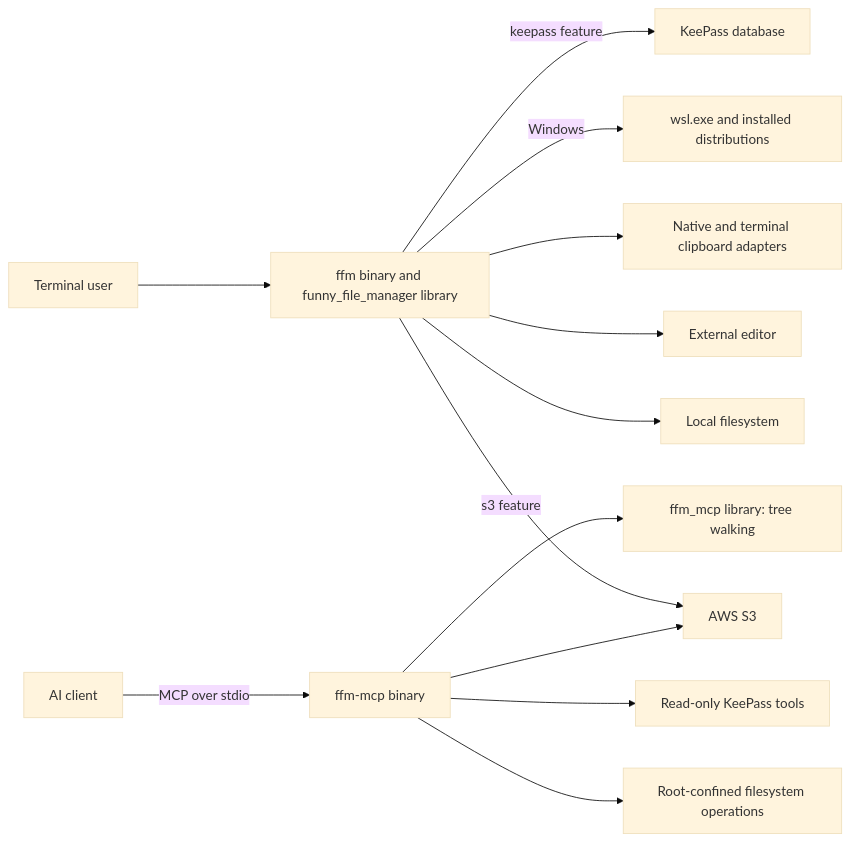
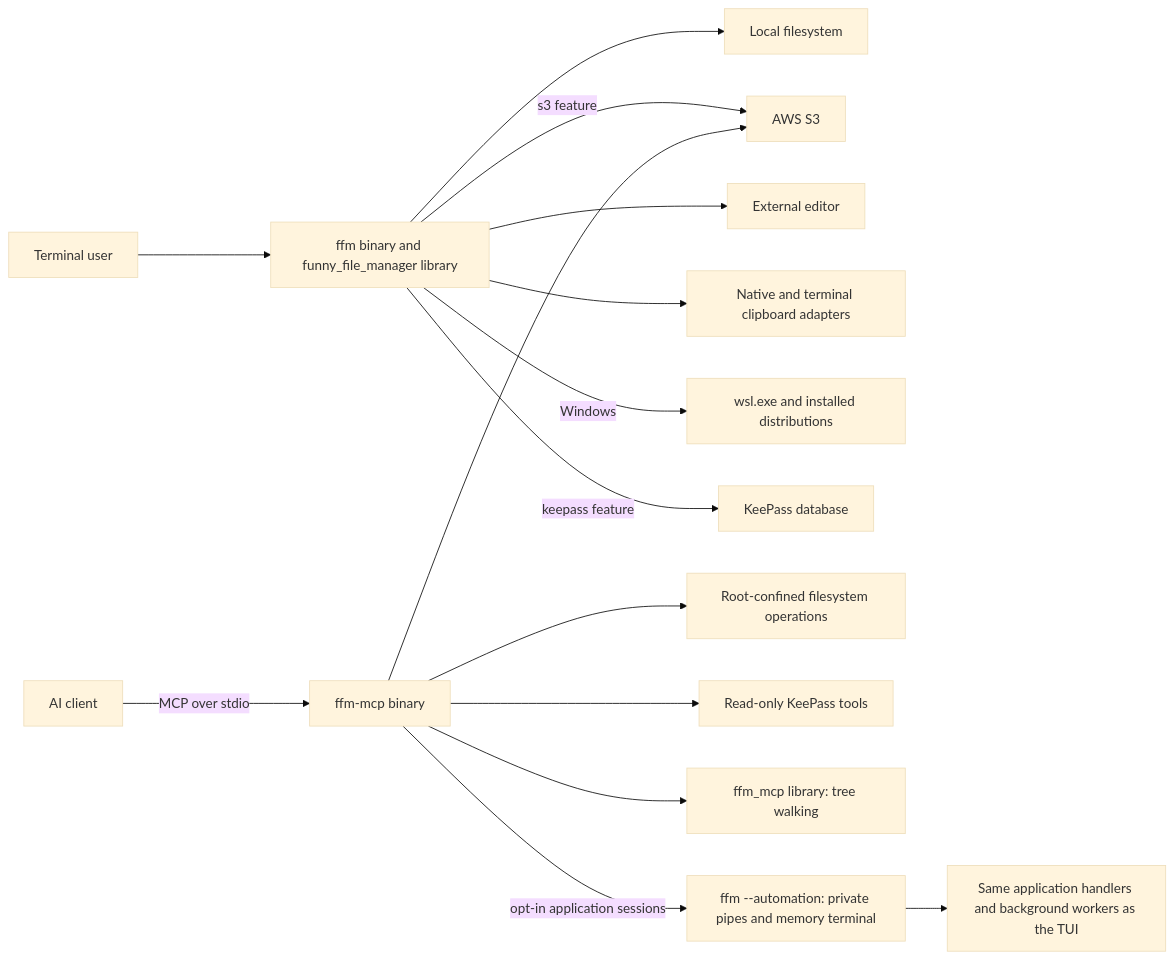
The first of 9 diagrams in docs/knowledge-base/02-architecture/system-architecture.md (stden/FunnyFileManager), drawn with Mermaid (base theme) before and after one commit. The commit also changed other lines of this file and 34 other files, not shown here.

````diff
--- a/docs/knowledge-base/02-architecture/system-architecture.md
+++ b/docs/knowledge-base/02-architecture/system-architecture.md
@@ -15,15 +15,17 @@
 ```mermaid
 flowchart LR
     User[Terminal user] --> TUI[ffm binary and funny_file_manager library]
     Agent[AI client] -->|MCP over stdio| MCP[ffm-mcp binary]
     TUI --> Files[Local filesystem]
     TUI -->|s3 feature| S3[AWS S3]
     TUI --> Editor[External editor]
     TUI --> Clipboard[Native and terminal clipboard adapters]
     TUI -->|Windows| WSL[wsl.exe and installed distributions]
     TUI -->|keepass feature| Vault[KeePass database]
     MCP --> Confined[Root-confined filesystem operations]
     MCP --> S3
     MCP --> ReadVault[Read-only KeePass tools]
     MCP --> Walk[ffm_mcp library: tree walking]
+    MCP -->|opt-in application sessions| Headless[ffm --automation: private pipes and memory terminal]
+    Headless --> Shared[Same application handlers and background workers as the TUI]
 ```
````
